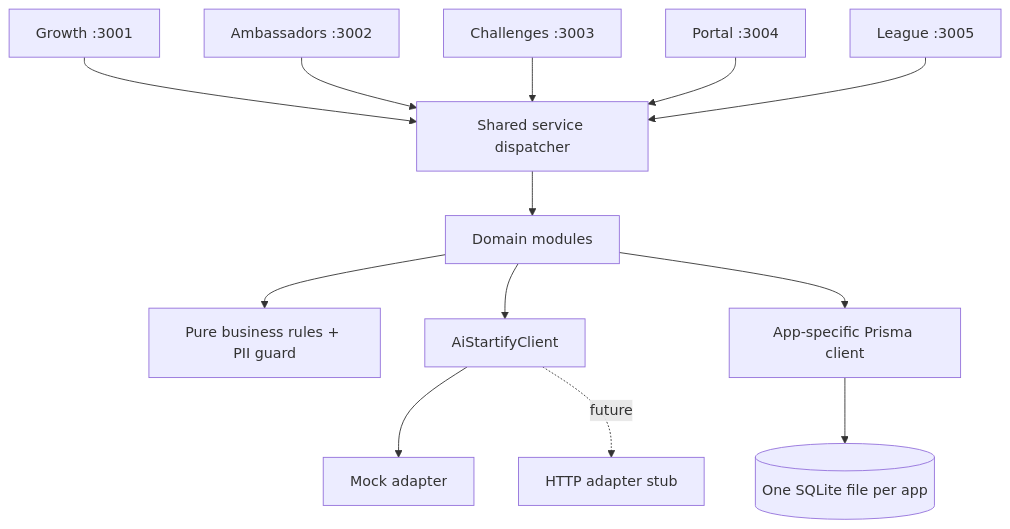
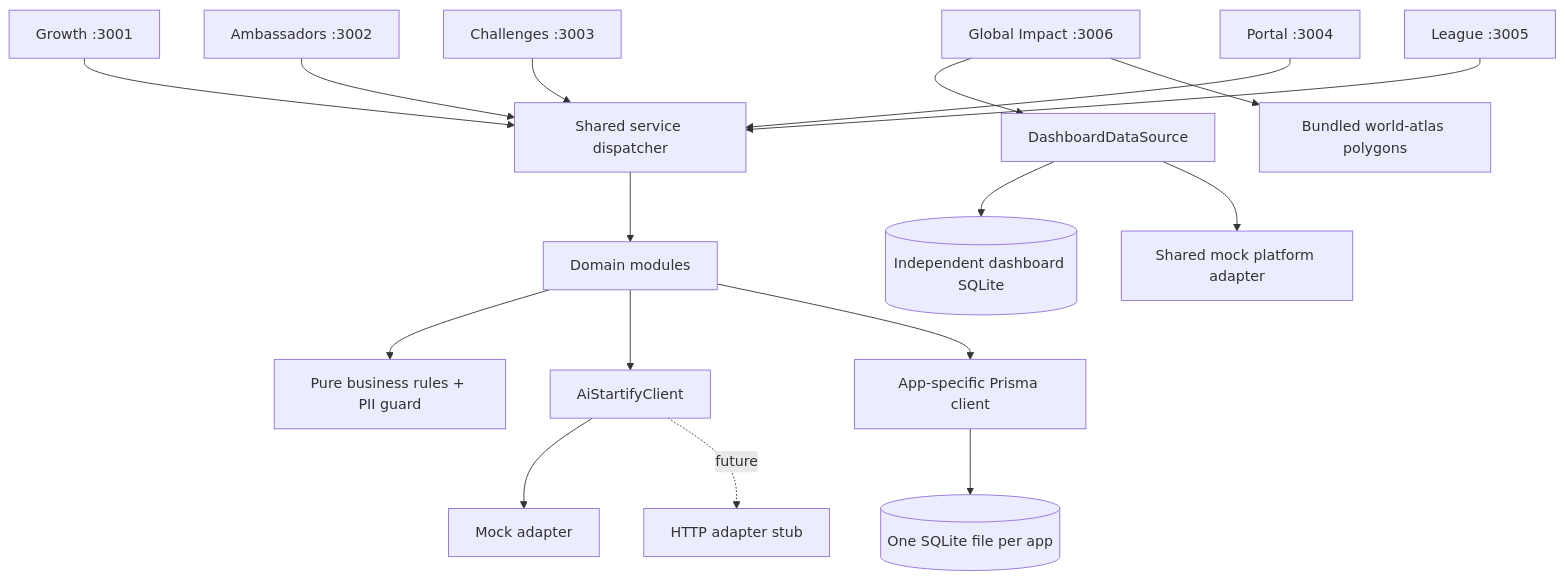
Before and after one commit to roadtoabroad346-commits/Palantir-Symbat-Hackathon: the diagram in docs/ARCHITECTURE.md, drawn with Mermaid. The commit also changed other lines of this file and 18 other files, not shown here.

Commit message:
fix: finalize offline Global Impact globe and reduced-motion rendering

````diff
--- a/docs/ARCHITECTURE.md
+++ b/docs/ARCHITECTURE.md
@@ -5,15 +5,19 @@
 ```mermaid
 flowchart TD
   G[Growth :3001] --> S[Shared service dispatcher]
   A[Ambassadors :3002] --> S
   C[Challenges :3003] --> S
   P[Portal :3004] --> S
   L[League :3005] --> S
+  GD[Global Impact :3006] --> DS[DashboardDataSource]
+  DS --> GDDB[(Independent dashboard SQLite)]
+  DS --> GM[Shared mock platform adapter]
+  GD --> Atlas[Bundled world-atlas polygons]
   S --> D[Domain modules]
   D --> B[Pure business rules + PII guard]
   D --> I[AiStartifyClient]
   I --> M[Mock adapter]
   I -. future .-> H[HTTP adapter stub]
   D --> PR[App-specific Prisma client]
   PR --> DB[(One SQLite file per app)]
 ```
````
